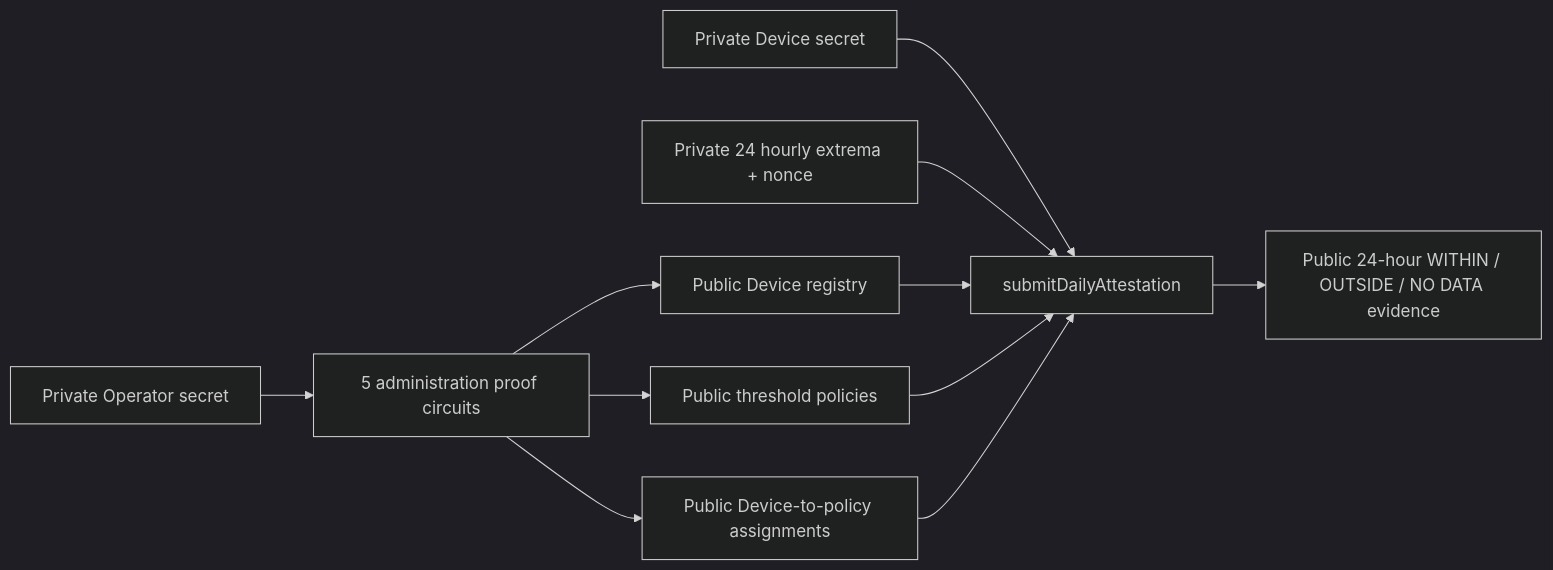
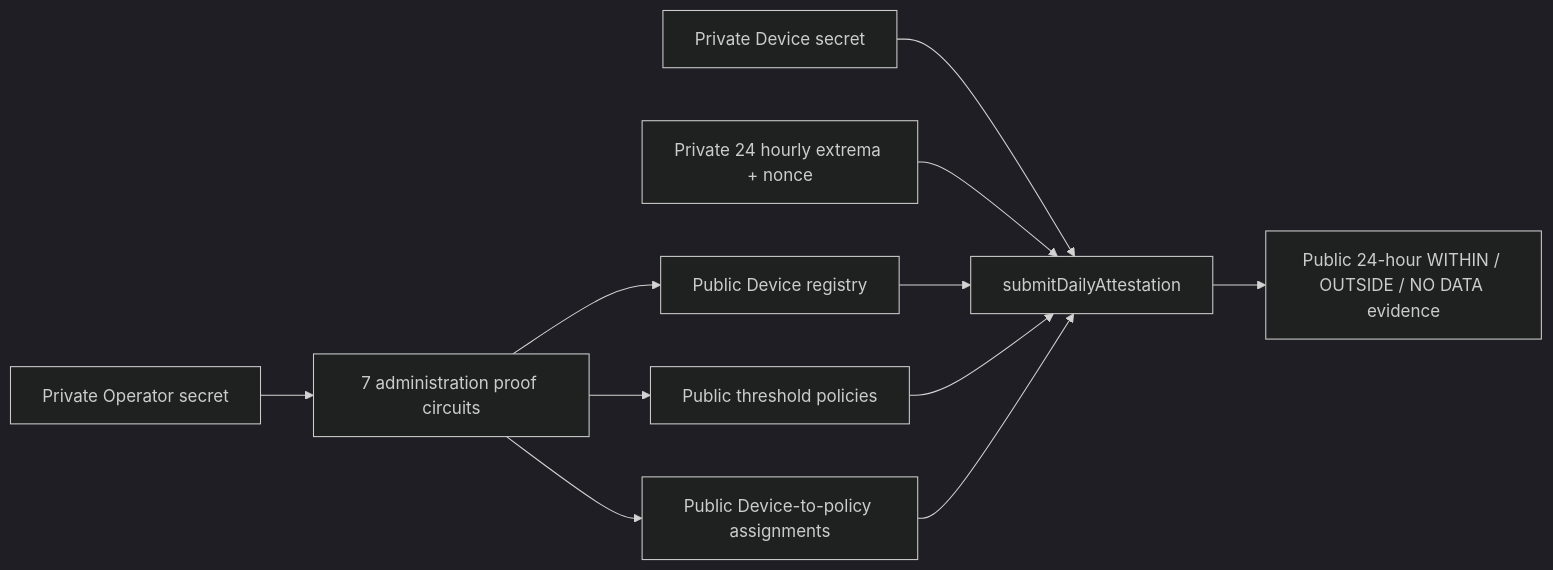
One commit to commun-platform/midnight_buildathons_bacchili changed the first of 8 diagrams in docs/implementation/zk_circuit_spec.md. Above: the diagram before and after it, drawn with Mermaid (dark theme). The commit also changed other lines of this file and 60 other files, not shown here.

````diff
--- a/docs/implementation/zk_circuit_spec.md
+++ b/docs/implementation/zk_circuit_spec.md
@@ -37,14 +39,14 @@
 ```mermaid
 flowchart LR
-    OA["Private Operator secret"] --> ADMIN["5 administration proof circuits"]
+    OA["Private Operator secret"] --> ADMIN["7 administration proof circuits"]
     ADMIN --> REG["Public Device registry"]
     ADMIN --> POLICY["Public threshold policies"]
     ADMIN --> ASSIGN["Public Device-to-policy assignments"]
 
     DS["Private Device secret"] --> DAILY["submitDailyAttestation"]
     EXT["Private 24 hourly extrema + nonce"] --> DAILY
     REG --> DAILY
     POLICY --> DAILY
     ASSIGN --> DAILY
     DAILY --> RESULT["Public 24-hour WITHIN / OUTSIDE / NO DATA evidence"]
 ```
````
